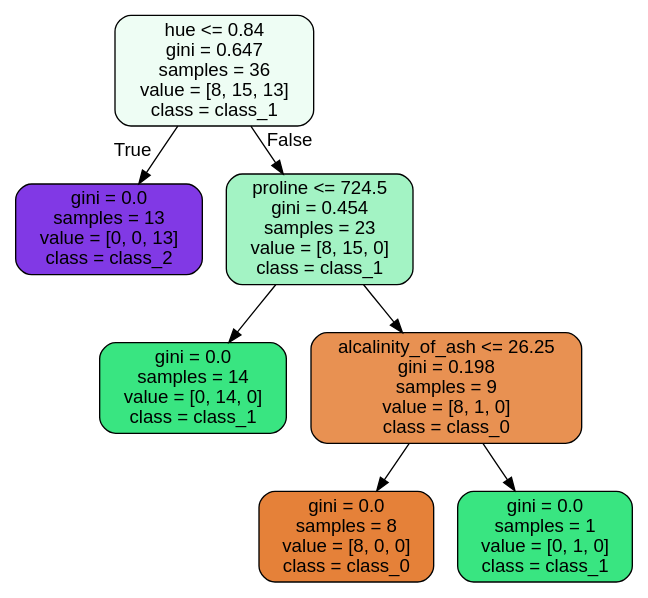
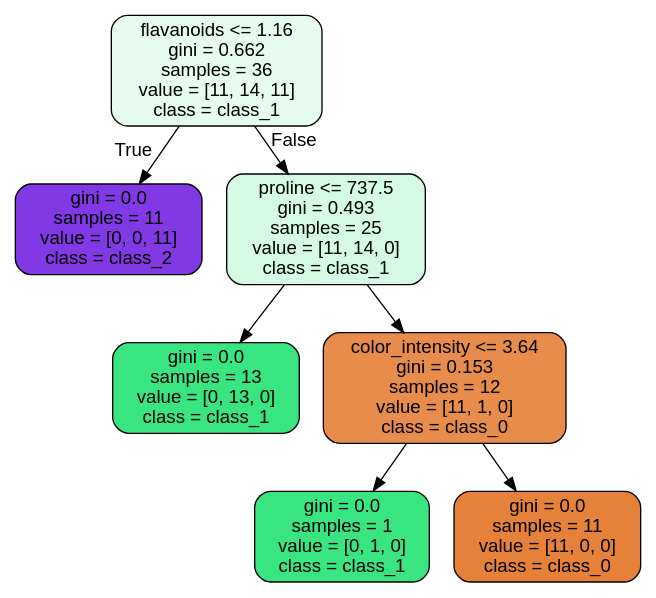
Before and after one commit to JoseDeJesusMendozaBecerril/Practica4_MineriaDeDatos: the diagram in images/decision_trees/wine_tree_test.dot, drawn with Graphviz. The commit also changed 17 other files, not shown here.

```diff
--- a/images/decision_trees/wine_tree_test.dot
+++ b/images/decision_trees/wine_tree_test.dot
@@ -1,17 +1,17 @@
 digraph Tree {
 node [shape=box, style="filled, rounded", color="black", fontname=helvetica] ;
 edge [fontname=helvetica] ;
-0 [label="hue <= 0.84\ngini = 0.647\nsamples = 36\nvalue = [8, 15, 13]\nclass = class_1", fillcolor="#eefdf4"] ;
-1 [label="gini = 0.0\nsamples = 13\nvalue = [0, 0, 13]\nclass = class_2", fillcolor="#8139e5"] ;
+0 [label="flavanoids <= 1.16\ngini = 0.662\nsamples = 36\nvalue = [11, 14, 11]\nclass = class_1", fillcolor="#e7fcf0"] ;
+1 [label="gini = 0.0\nsamples = 11\nvalue = [0, 0, 11]\nclass = class_2", fillcolor="#8139e5"] ;
 0 -> 1 [labeldistance=2.5, labelangle=45, headlabel="True"] ;
-2 [label="proline <= 724.5\ngini = 0.454\nsamples = 23\nvalue = [8, 15, 0]\nclass = class_1", fillcolor="#a3f3c4"] ;
+2 [label="proline <= 737.5\ngini = 0.493\nsamples = 25\nvalue = [11, 14, 0]\nclass = class_1", fillcolor="#d5f9e4"] ;
 0 -> 2 [labeldistance=2.5, labelangle=-45, headlabel="False"] ;
-3 [label="gini = 0.0\nsamples = 14\nvalue = [0, 14, 0]\nclass = class_1", fillcolor="#39e581"] ;
+3 [label="gini = 0.0\nsamples = 13\nvalue = [0, 13, 0]\nclass = class_1", fillcolor="#39e581"] ;
 2 -> 3 ;
-4 [label="alcalinity_of_ash <= 26.25\ngini = 0.198\nsamples = 9\nvalue = [8, 1, 0]\nclass = class_0", fillcolor="#e89152"] ;
+4 [label="color_intensity <= 3.64\ngini = 0.153\nsamples = 12\nvalue = [11, 1, 0]\nclass = class_0", fillcolor="#e78c4b"] ;
 2 -> 4 ;
-5 [label="gini = 0.0\nsamples = 8\nvalue = [8, 0, 0]\nclass = class_0", fillcolor="#e58139"] ;
+5 [label="gini = 0.0\nsamples = 1\nvalue = [0, 1, 0]\nclass = class_1", fillcolor="#39e581"] ;
 4 -> 5 ;
-6 [label="gini = 0.0\nsamples = 1\nvalue = [0, 1, 0]\nclass = class_1", fillcolor="#39e581"] ;
+6 [label="gini = 0.0\nsamples = 11\nvalue = [11, 0, 0]\nclass = class_0", fillcolor="#e58139"] ;
 4 -> 6 ;
 }
```
